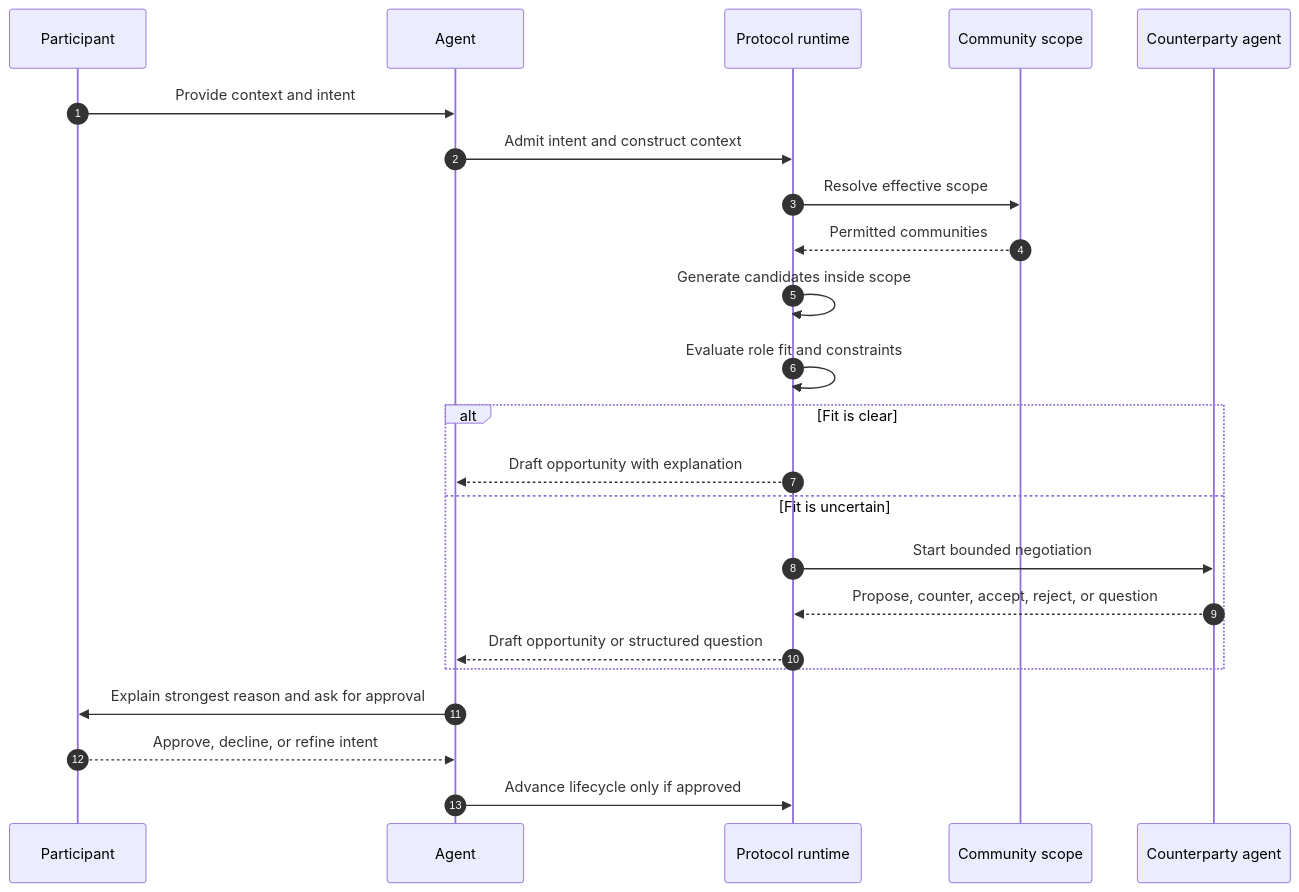
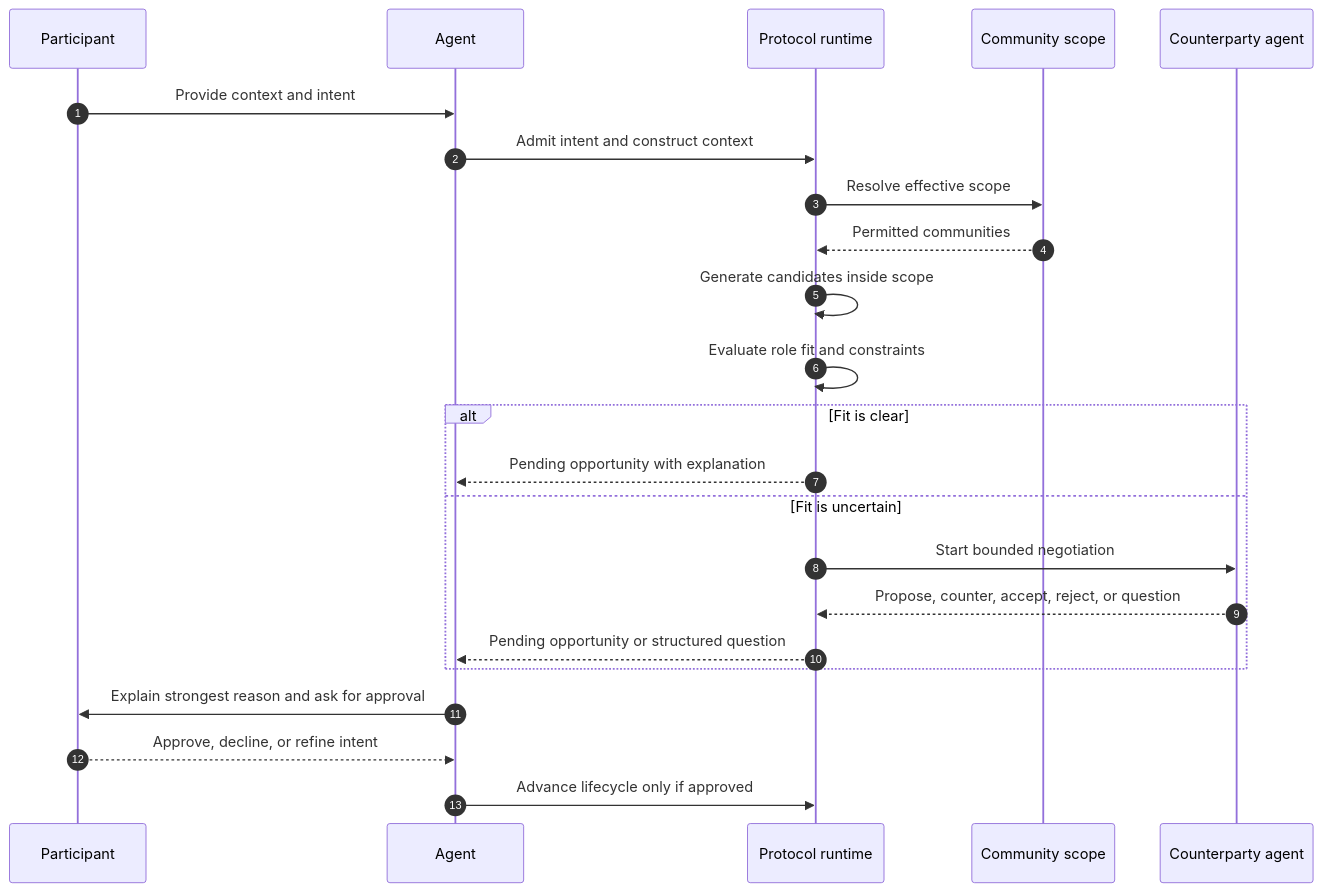
The fifth of 6 diagrams in packages/protocol/README.md (indexnetwork/index), drawn with Mermaid before and after one commit. The commit also changed other lines of this file and 10 other files, not shown here.

````diff
--- a/packages/protocol/README.md
+++ b/packages/protocol/README.md
@@ -287,26 +280,26 @@
 ```mermaid
 sequenceDiagram
     autonumber
     participant P as Participant
     participant A as Agent
     participant PR as Protocol runtime
     participant C as Community scope
     participant N as Counterparty agent
 
     P->>A: Provide context and intent
     A->>PR: Admit intent and construct context
     PR->>C: Resolve effective scope
     C-->>PR: Permitted communities
     PR->>PR: Generate candidates inside scope
     PR->>PR: Evaluate role fit and constraints
     alt Fit is clear
-        PR-->>A: Draft opportunity with explanation
+        PR-->>A: Pending opportunity with explanation
     else Fit is uncertain
         PR->>N: Start bounded negotiation
         N-->>PR: Propose, counter, accept, reject, or question
-        PR-->>A: Draft opportunity or structured question
+        PR-->>A: Pending opportunity or structured question
     end
     A->>P: Explain strongest reason and ask for approval
     P-->>A: Approve, decline, or refine intent
     A->>PR: Advance lifecycle only if approved
 ```
````
